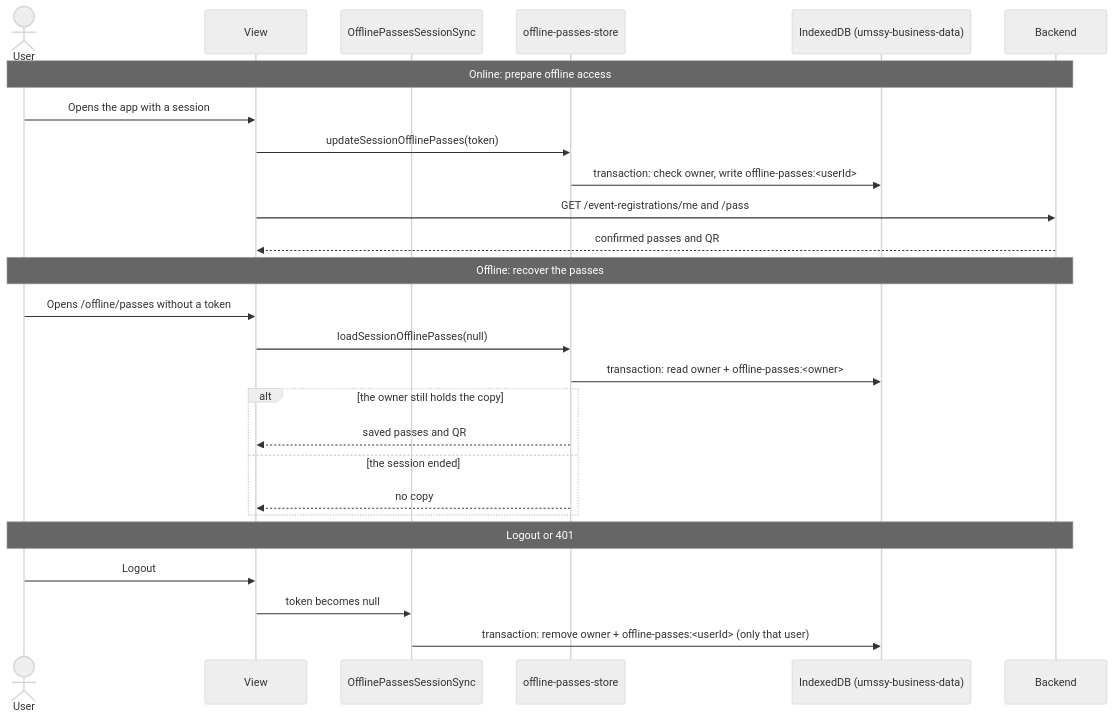
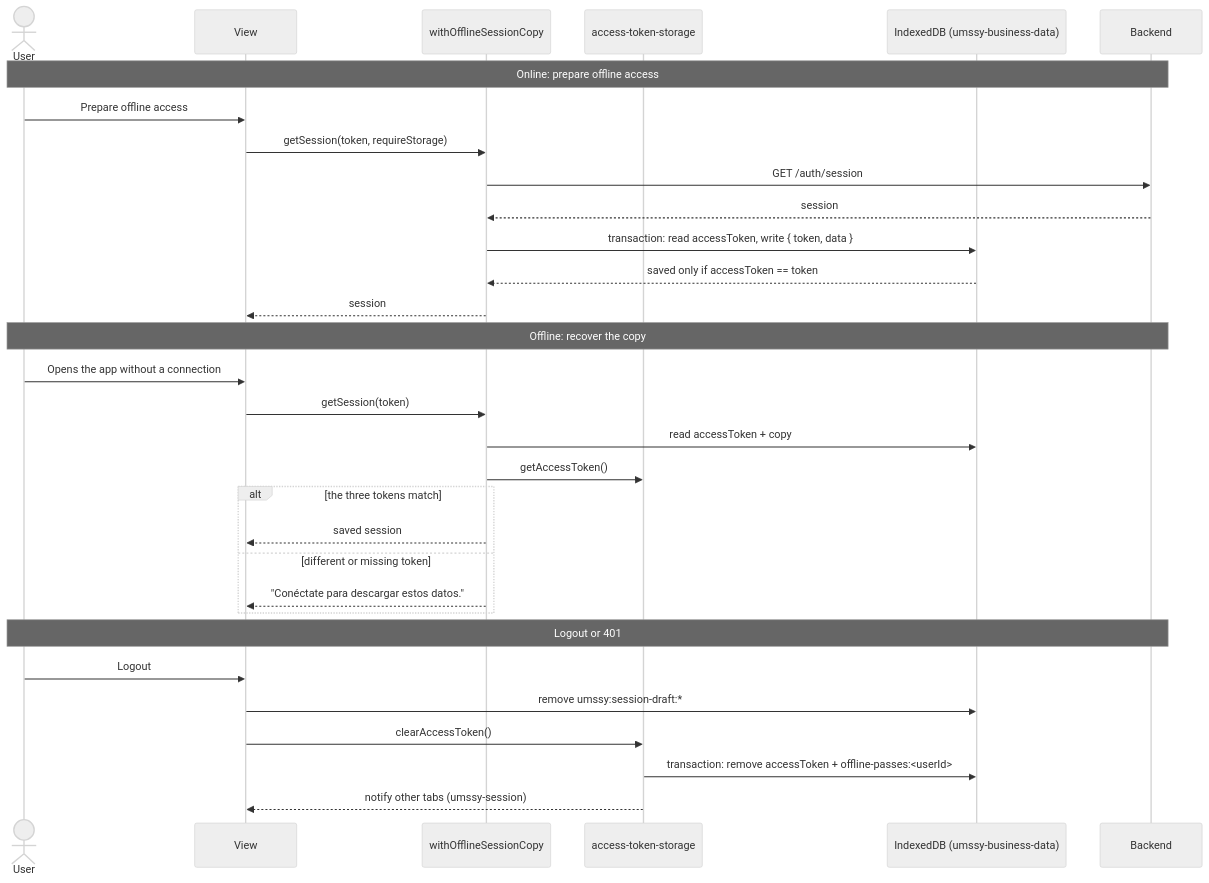
Before and after one commit to NicolasMG-dev/Epic-4---IS: the diagram in docs/auth/README.md, drawn with Mermaid (neutral theme). The commit also changed other lines of this file and 151 other files, not shown here.

````diff
--- a/docs/auth/README.md
+++ b/docs/auth/README.md
@@ -59,31 +51,36 @@
 ```mermaid
 sequenceDiagram
   actor U as User
   participant V as View
-  participant S as OfflinePassesSessionSync
-  participant P as offline-passes-store
+  participant C as withOfflineSessionCopy
+  participant T as access-token-storage
   participant DB as IndexedDB (umssy-business-data)
   participant API as Backend
 
   Note over U,API: Online: prepare offline access
-  U->>V: Opens the app with a session
-  V->>P: updateSessionOfflinePasses(token)
-  P->>DB: transaction: check owner, write offline-passes:<userId>
-  V->>API: GET /event-registrations/me and /pass
-  API-->>V: confirmed passes and QR
+  U->>V: Prepare offline access
+  V->>C: getSession(token, requireStorage)
+  C->>API: GET /auth/session
+  API-->>C: session
+  C->>DB: transaction: read accessToken, write { token, data }
+  DB-->>C: saved only if accessToken == token
+  C-->>V: session
 
-  Note over U,API: Offline: recover the passes
-  U->>V: Opens /offline/passes without a token
-  V->>P: loadSessionOfflinePasses(null)
-  P->>DB: transaction: read owner + offline-passes:<owner>
-  alt the owner still holds the copy
-    P-->>V: saved passes and QR
-  else the session ended
-    P-->>V: no copy
+  Note over U,API: Offline: recover the copy
+  U->>V: Opens the app without a connection
+  V->>C: getSession(token)
+  C->>DB: read accessToken + copy
+  C->>T: getAccessToken()
+  alt the three tokens match
+    C-->>V: saved session
+  else different or missing token
+    C-->>V: "Conéctate para descargar estos datos."
   end
 
   Note over U,API: Logout or 401
   U->>V: Logout
-  V->>S: token becomes null
-  S->>DB: transaction: remove owner + offline-passes:<userId> (only that user)
+  V->>DB: remove umssy:session-draft:*
+  V->>T: clearAccessToken()
+  T->>DB: transaction: remove accessToken + offline-passes:<userId>
+  T-->>V: notify other tabs (umssy-session)
 ```
````
